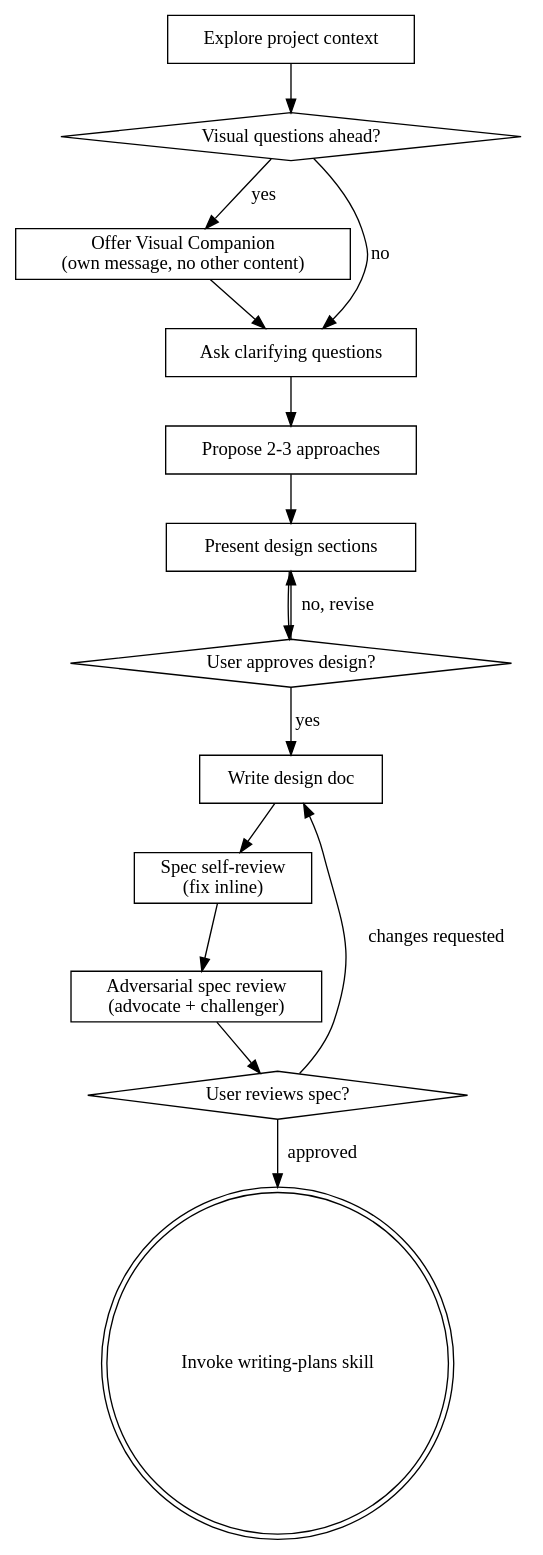
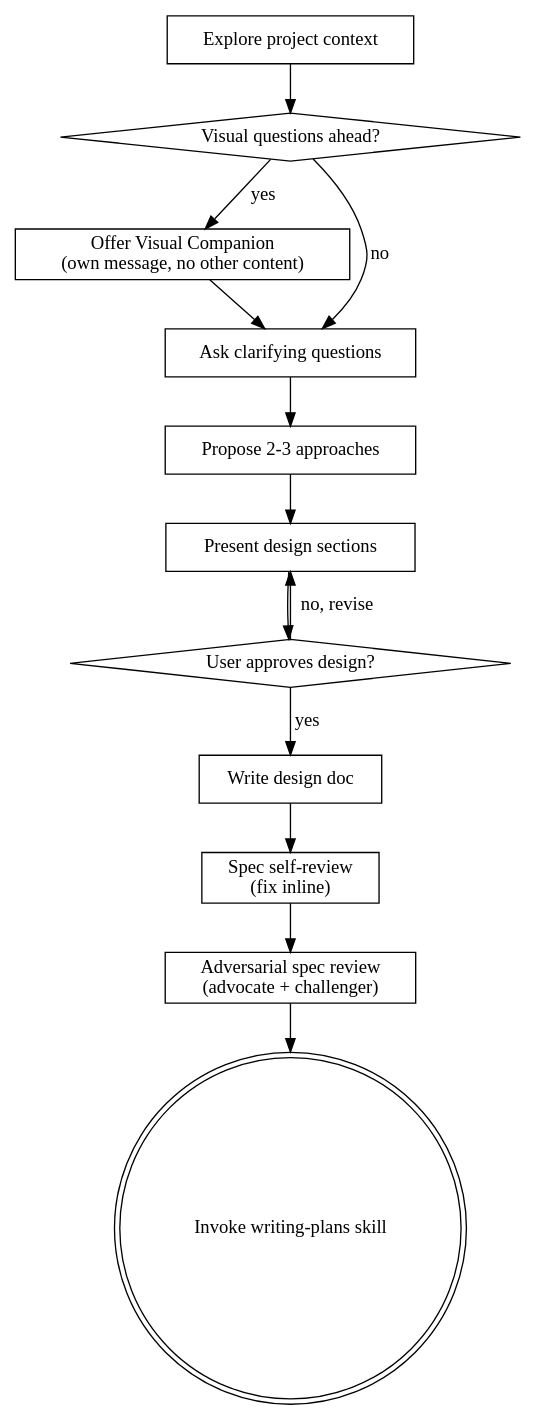
One commit to chrisbobrowitz/superpowers changed the diagram in skills/brainstorming/SKILL.md. Above: the diagram before and after it, drawn with Graphviz. The commit also changed other lines of this file and 17 other files, not shown here.

````diff
--- a/skills/brainstorming/SKILL.md
+++ b/skills/brainstorming/SKILL.md
@@ -65,31 +63,28 @@
 ```dot
 digraph brainstorming {
     "Explore project context" [shape=box];
     "Visual questions ahead?" [shape=diamond];
     "Offer Visual Companion\n(own message, no other content)" [shape=box];
     "Ask clarifying questions" [shape=box];
     "Propose 2-3 approaches" [shape=box];
     "Present design sections" [shape=box];
     "User approves design?" [shape=diamond];
     "Write design doc" [shape=box];
     "Spec self-review\n(fix inline)" [shape=box];
     "Adversarial spec review\n(advocate + challenger)" [shape=box];
-    "User reviews spec?" [shape=diamond];
     "Invoke writing-plans skill" [shape=doublecircle];
 
     "Explore project context" -> "Visual questions ahead?";
     "Visual questions ahead?" -> "Offer Visual Companion\n(own message, no other content)" [label="yes"];
     "Visual questions ahead?" -> "Ask clarifying questions" [label="no"];
     "Offer Visual Companion\n(own message, no other content)" -> "Ask clarifying questions";
     "Ask clarifying questions" -> "Propose 2-3 approaches";
     "Propose 2-3 approaches" -> "Present design sections";
     "Present design sections" -> "User approves design?";
     "User approves design?" -> "Present design sections" [label="no, revise"];
     "User approves design?" -> "Write design doc" [label="yes"];
     "Write design doc" -> "Spec self-review\n(fix inline)";
     "Spec self-review\n(fix inline)" -> "Adversarial spec review\n(advocate + challenger)";
-    "Adversarial spec review\n(advocate + challenger)" -> "User reviews spec?";
-    "User reviews spec?" -> "Write design doc" [label="changes requested"];
-    "User reviews spec?" -> "Invoke writing-plans skill" [label="approved"];
+    "Adversarial spec review\n(advocate + challenger)" -> "Invoke writing-plans skill";
 }
 ```
````
